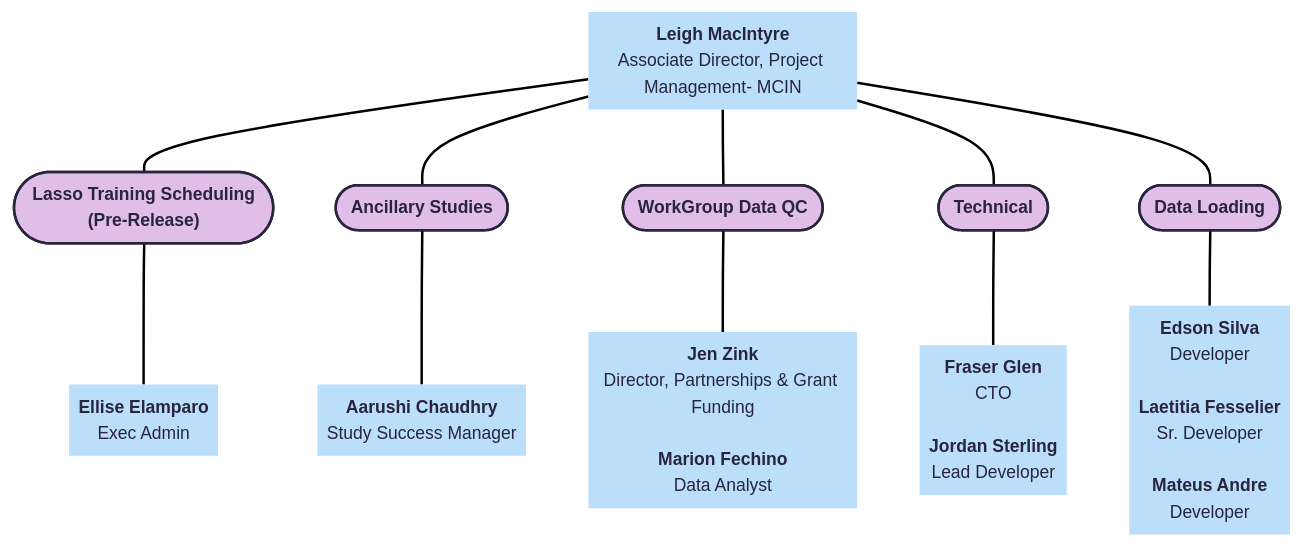
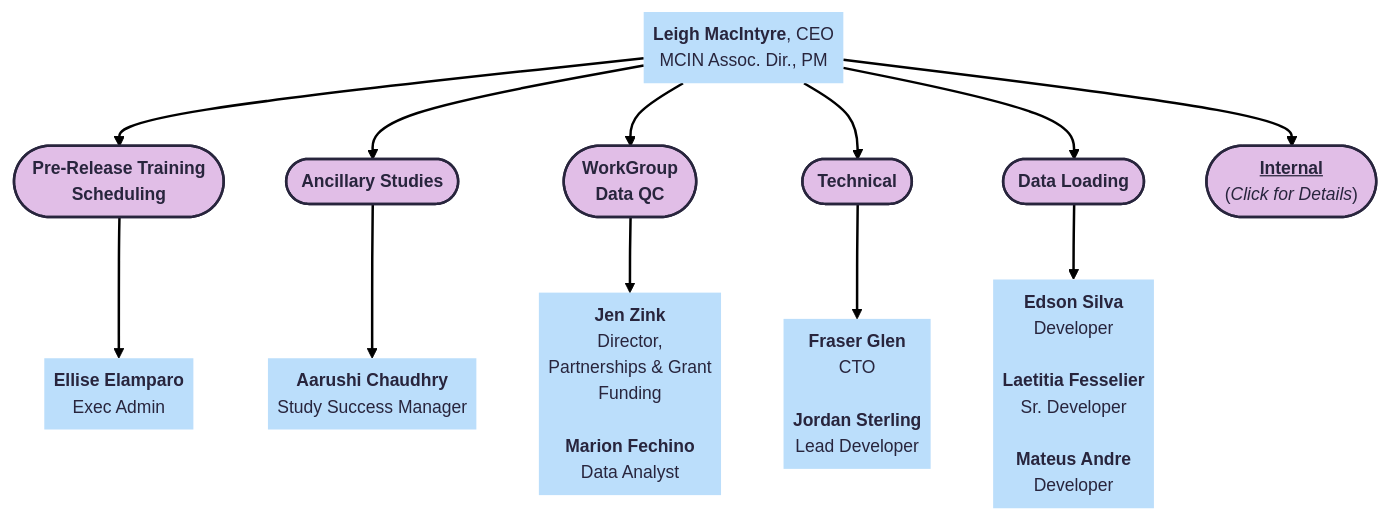
One commit to DCAN-Labs/hbcd-docs-internal changed the third of 10 diagrams in docs/orgcharts.md. Above: the diagram before and after it, drawn with Mermaid. The commit also changed other lines of this file and 1 other file, not shown here.

Commit message:
update lasso

````diff
--- a/docs/orgcharts.md
+++ b/docs/orgcharts.md
@@ -328,30 +328,33 @@
 ```mermaid
 ---
 config:
   theme: redux
 ---
-flowchart TD
-    A["<b>Leigh MacIntyre</b><br>Associate Director, Project Management- MCIN"] --- B(["<b>Lasso Training Scheduling<br>(Pre-Release)</b>"]) & n1(["<b>Ancillary Studies</b>"]) & n2(["<b>WorkGroup Data QC</b>"]) & n3(["<b>Technical</b>"]) & n4(["<b>Data Loading</b>"])
-    B --- n5["<b>Ellise Elamparo</b><br>Exec Admin"]
-    n1 --- n6["<b>Aarushi Chaudhry<br></b>Study Success Manager"]
-    n2 --- n7["<b>Jen Zink<br></b>Director, Partnerships &amp; Grant Funding<br><br><b>Marion Fechino</b><br>Data Analyst"]
-    n3 --- n8["<b>Fraser Glen<br></b>CTO<br><br><b>Jordan Sterling<br></b>Lead Developer"]
-    n4 --- n9["<b>Edson Silva<br></b>Developer<br><br><b>Laetitia Fesselier<br></b>Sr. Developer<br><br><b>Mateus Andre<br></b>Developer"]
+flowchart TB
+    A["<b>Leigh MacIntyre</b>, CEO<br>MCIN Assoc. Dir., PM"] --> B(["<b>Pre-Release Training<br>Scheduling<br></b>"]) & n1(["<b>Ancillary Studies</b>"]) & n2(["<b>WorkGroup<br>Data QC</b>"]) & n3(["<b>Technical</b>"]) & n4(["<b>Data Loading</b>"]) & n18@{ label: "<b style=\"color:\"><u>Internal</u><br></b>(<i>Click for Details</i>)" }
+    B --> n5["<b>Ellise Elamparo</b><br>Exec Admin"]
+    n1 --> n6["<b>Aarushi Chaudhry<br></b>Study Success Manager"]
+    n2 --> n7["<b>Jen Zink<br></b>Director,<br>Partnerships &amp; Grant<br>Funding<br><br><b>Marion Fechino</b><br>Data Analyst"]
+    n3 --> n8["<b>Fraser Glen<br></b>CTO<br><br><b>Jordan Sterling<br></b>Lead Developer"]
+    n4 --> n9["<b>Edson Silva<br></b>Developer<br><br><b>Laetitia Fesselier<br></b>Sr. Developer<br><br><b>Mateus Andre<br></b>Developer"]
     A@{ shape: text}
+    n18@{ shape: stadium}
     n5@{ shape: text}
     n6@{ shape: text}
     n7@{ shape: text}
     n8@{ shape: text}
     n9@{ shape: text}
     style A fill:#BBDEFB
     style B fill:#E1BEE7
     style n1 fill:#E1BEE7
     style n2 fill:#E1BEE7
     style n3 fill:#E1BEE7
     style n4 fill:#E1BEE7
+    style n18 fill:#E1BEE7
     style n5 fill:#BBDEFB
     style n6 fill:#BBDEFB
     style n7 fill:#BBDEFB
     style n8 fill:#BBDEFB
     style n9 fill:#BBDEFB
+    click n18 "#internal-non-consortium-facing"
 ```
````
